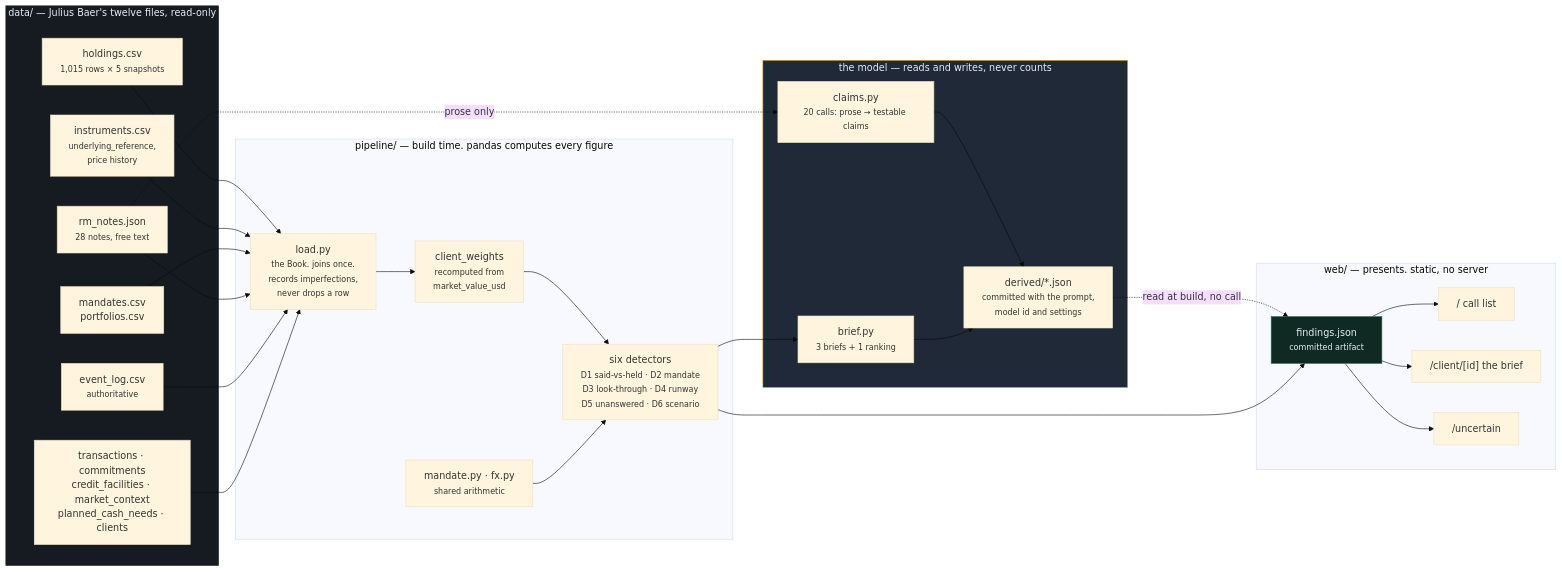
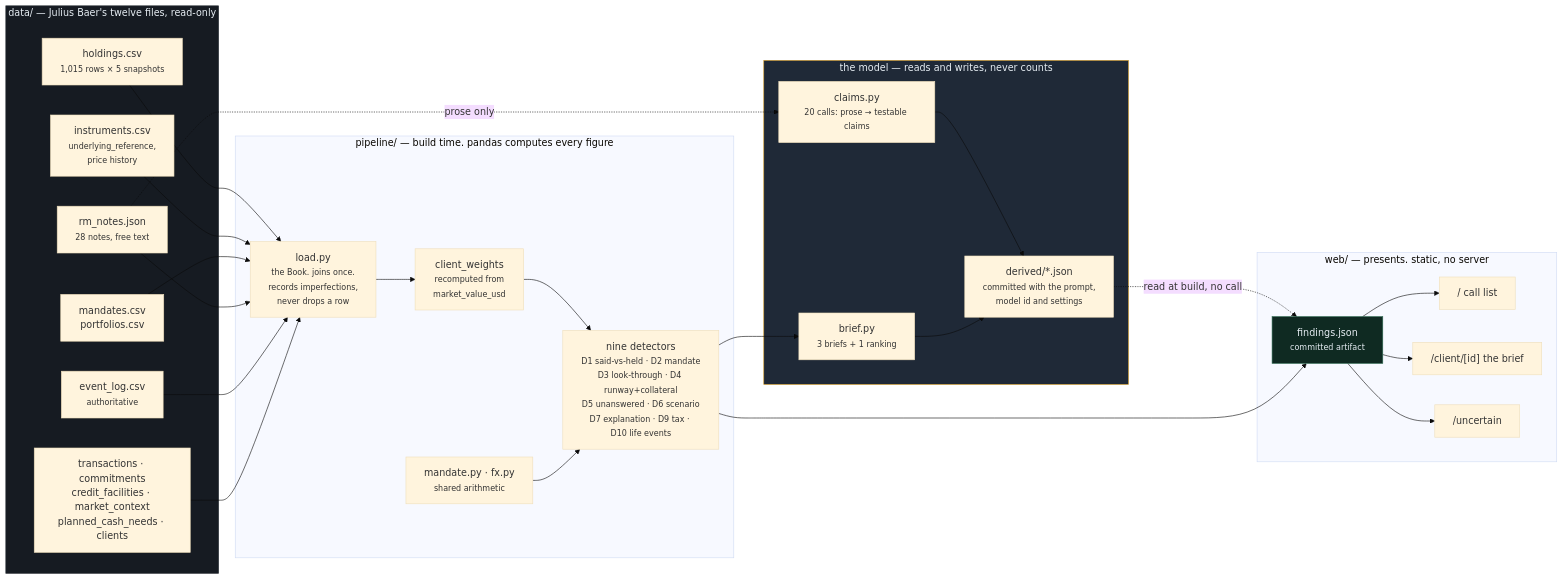
Before and after one commit to aljabrialam/alamazing-singhacks-2026: the second of 2 diagrams in README.md, drawn with Mermaid (base theme). The commit also changed 1 other file, not shown here.

First paragraph of the commit message:
docs: four mermaid diagrams in the feasibility doc
Judges reading for Technical & Operational Feasibility get pictures now,
not just prose:

````diff
--- a/README.md
+++ b/README.md
@@ -185,54 +185,54 @@
 ```mermaid
 flowchart LR
   subgraph SRC["data/ — Julius Baer's twelve files, read-only"]
     H["holdings.csv<br/><small>1,015 rows × 5 snapshots</small>"]
     I["instruments.csv<br/><small>underlying_reference,<br/>price history</small>"]
     M["mandates.csv<br/>portfolios.csv"]
     N["rm_notes.json<br/><small>28 notes, free text</small>"]
     E["event_log.csv<br/><small>authoritative</small>"]
     X["transactions · commitments<br/>credit_facilities · market_context<br/>planned_cash_needs · clients"]
   end
 
   subgraph BUILD["pipeline/ — build time. pandas computes every figure"]
     L["load.py<br/><small>the Book. joins once.<br/>records imperfections,<br/>never drops a row</small>"]
     W["client_weights<br/><small>recomputed from<br/>market_value_usd</small>"]
-    D["six detectors<br/><small>D1 said-vs-held · D2 mandate<br/>D3 look-through · D4 runway<br/>D5 unanswered · D6 scenario</small>"]
+    D["nine detectors<br/><small>D1 said-vs-held · D2 mandate<br/>D3 look-through · D4 runway+collateral<br/>D5 unanswered · D6 scenario<br/>D7 explanation · D9 tax · D10 life events</small>"]
     MD["mandate.py · fx.py<br/><small>shared arithmetic</small>"]
   end
 
   subgraph MODEL["the model — reads and writes, never counts"]
     CL["claims.py<br/><small>20 calls: prose → testable claims</small>"]
     BR["brief.py<br/><small>3 briefs + 1 ranking</small>"]
     DV["derived/*.json<br/><small>committed with the prompt,<br/>model id and settings</small>"]
   end
 
   subgraph WEB["web/ — presents. static, no server"]
     F["findings.json<br/><small>committed artifact</small>"]
     S1["/ call list"]
     S2["/client/&lsqb;id&rsqb; the brief"]
     S3["/uncertain"]
   end
 
   H --> L
   I --> L
   M --> L
   N --> L
   E --> L
   X --> L
   L --> W
   W --> D
   MD --> D
   N -.prose only.-> CL
   CL --> DV
   D --> BR
   BR --> DV
   DV -.read at build, no call.-> F
   D --> F
   F --> S1
   F --> S2
   F --> S3
 
   style MODEL fill:#1F2937,stroke:#D29922,color:#E6EDF3
   style F fill:#0F2A22,stroke:#2E6B52,color:#E6EDF3
   style SRC fill:#161B22,stroke:#30363D,color:#E6EDF3
 ```
````
